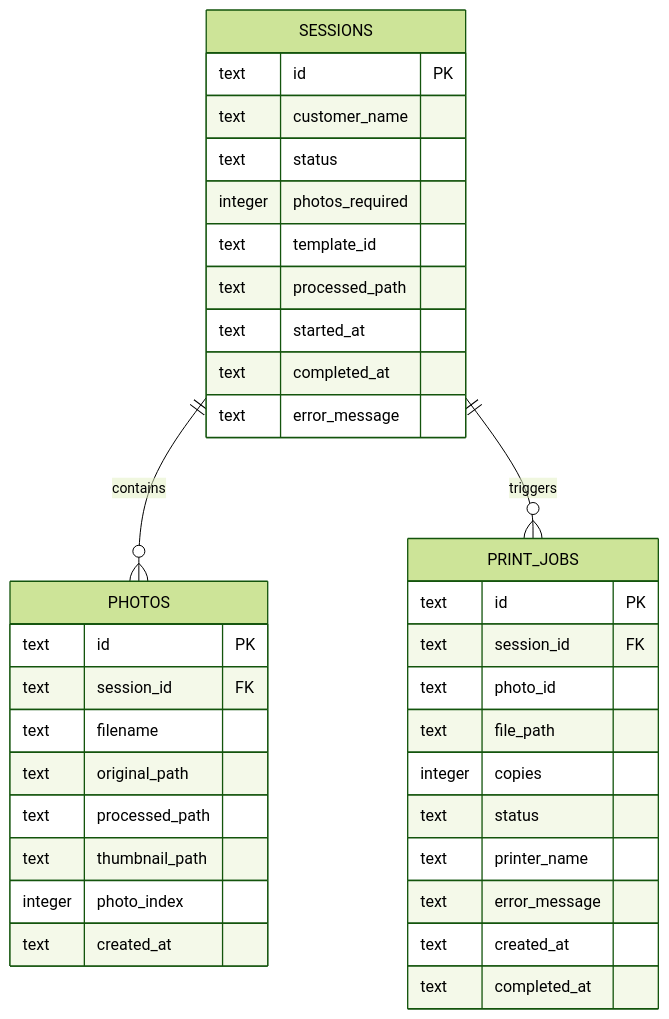
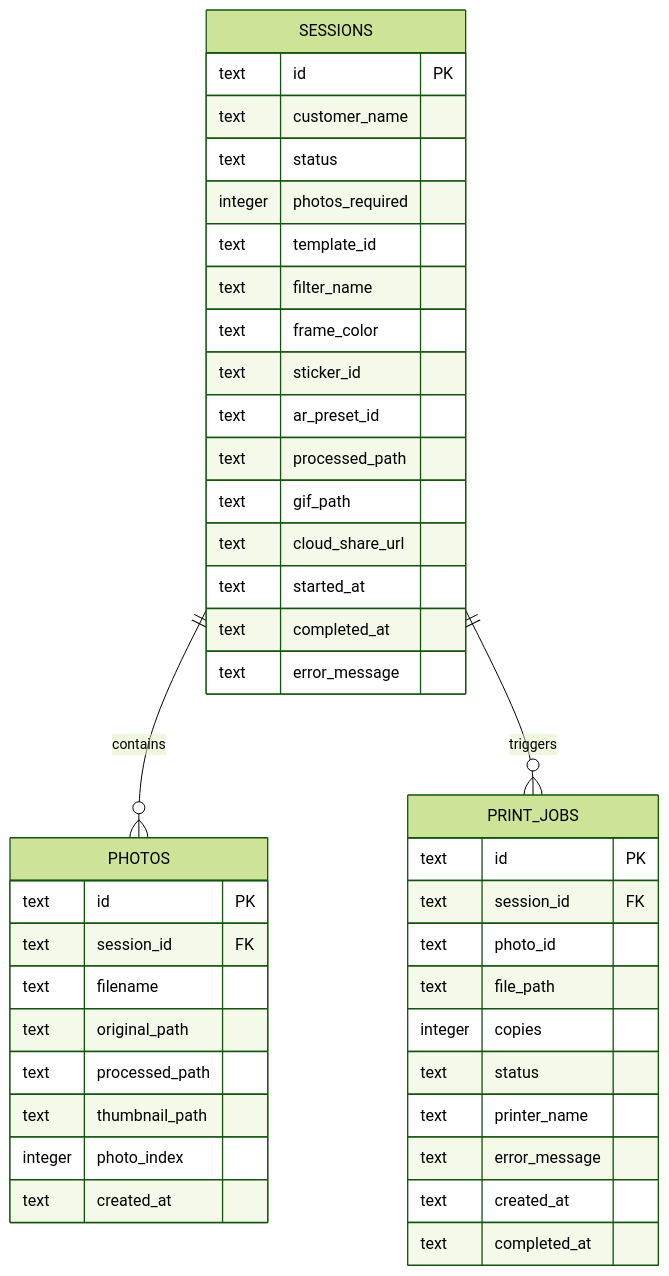
One commit to dryuxxinn/photobooth-system changed the diagram in docs/database-schema.md. Above: the diagram before and after it, drawn with Mermaid (forest theme). The commit also changed other lines of this file and 56 other files, not shown here.

````diff
--- a/docs/database-schema.md
+++ b/docs/database-schema.md
@@ -9,41 +11,47 @@
 ```mermaid
 erDiagram
     SESSIONS ||--o{ PHOTOS : contains
     SESSIONS ||--o{ PRINT_JOBS : triggers
 
     SESSIONS {
         text id PK
         text customer_name
         text status
         integer photos_required
         text template_id
+        text filter_name
+        text frame_color
+        text sticker_id
+        text ar_preset_id
         text processed_path
+        text gif_path
+        text cloud_share_url
         text started_at
         text completed_at
         text error_message
     }
 
     PHOTOS {
         text id PK
         text session_id FK
         text filename
         text original_path
         text processed_path
         text thumbnail_path
         integer photo_index
         text created_at
     }
 
     PRINT_JOBS {
         text id PK
         text session_id FK
         text photo_id
         text file_path
         integer copies
         text status
         text printer_name
         text error_message
         text created_at
         text completed_at
     }
 ```
````
